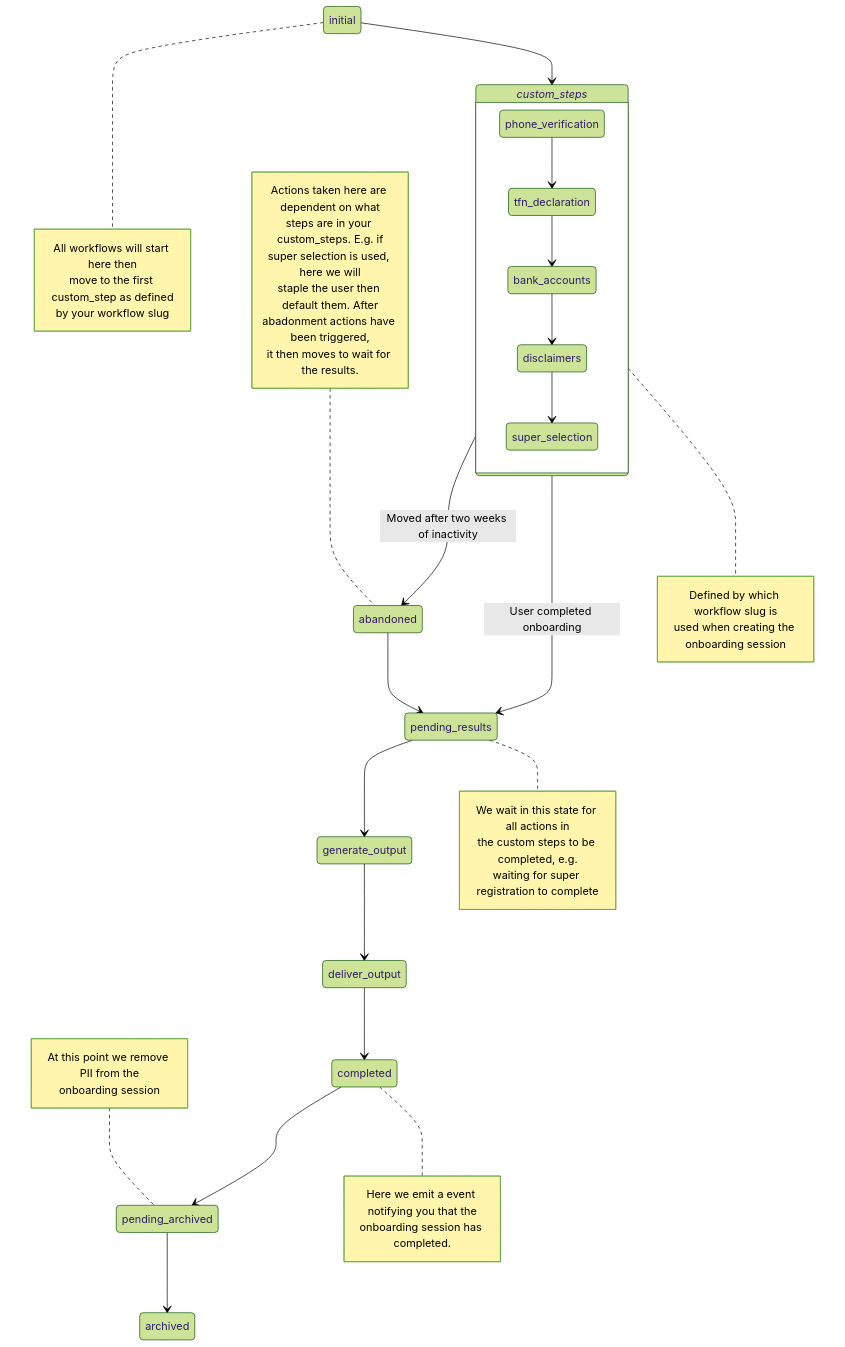
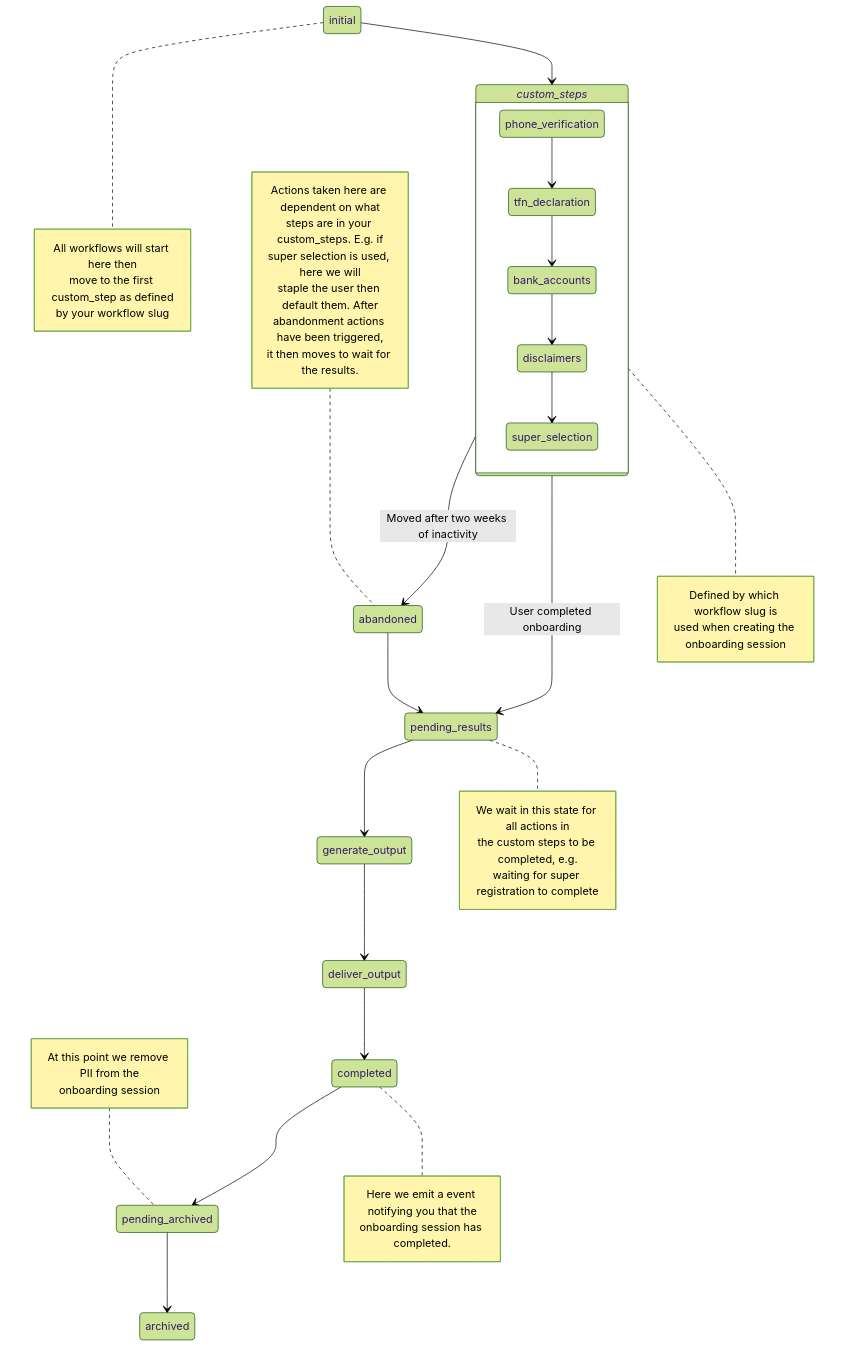
One commit to supersimplesuper/docs changed the diagram in website/docs/software_partners/explanations/life_cycle_of_an_onboarding_session/index.md. Above: the diagram before and after it, drawn with Mermaid (forest theme).

Commit message:
chore: Fix typo in lifecycle chart

````diff
--- a/website/docs/software_partners/explanations/life_cycle_of_an_onboarding_session/index.md
+++ b/website/docs/software_partners/explanations/life_cycle_of_an_onboarding_session/index.md
@@ -7,51 +7,51 @@
 ```mermaid
 stateDiagram-v2
     classDef movement font-style:italic
     initial --> custom_steps
     note right of initial
         All workflows will start here then
         move to the first custom_step as defined
         by your workflow slug
     end note
     state custom_steps {
         phone_verification --> tfn_declaration
         tfn_declaration --> bank_accounts
         bank_accounts --> disclaimers
         disclaimers --> super_selection
     }
     custom_steps --> abandoned: Moved after two weeks of inactivity
     custom_steps --> pending_results: User completed onboarding
     pending_results --> generate_output
     note right of pending_results
         We wait in this state for all actions in
         the custom steps to be completed, e.g.
         waiting for super registration to complete
     end note
     generate_output --> deliver_output
     note right of custom_steps
         Defined by which workflow slug is
         used when creating the onboarding session
     end note
     deliver_output --> completed
     completed --> pending_archived
     note right of completed
         Here we emit a event notifying you that the
         onboarding session has completed.
     end note
     abandoned --> pending_results
     note left of abandoned
         Actions taken here are dependent on what
         steps are in your custom_steps. E.g. if
         super selection is used, here we will
         staple the user then default them. After
-        abadonment actions have been triggered,
+        abandonment actions have been triggered,
         it then moves to wait for the results.
     end note
     pending_archived --> archived
     note left of pending_archived
         At this point we remove PII from the
         onboarding session
     end note
 
     class custom_steps movement
 ```
````
